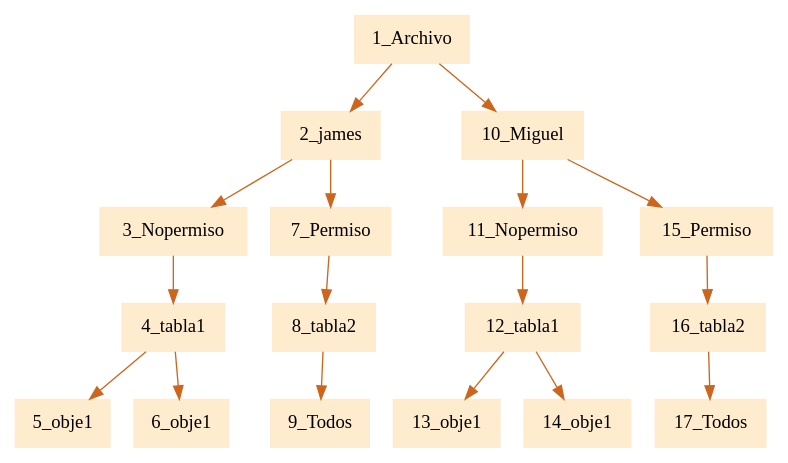
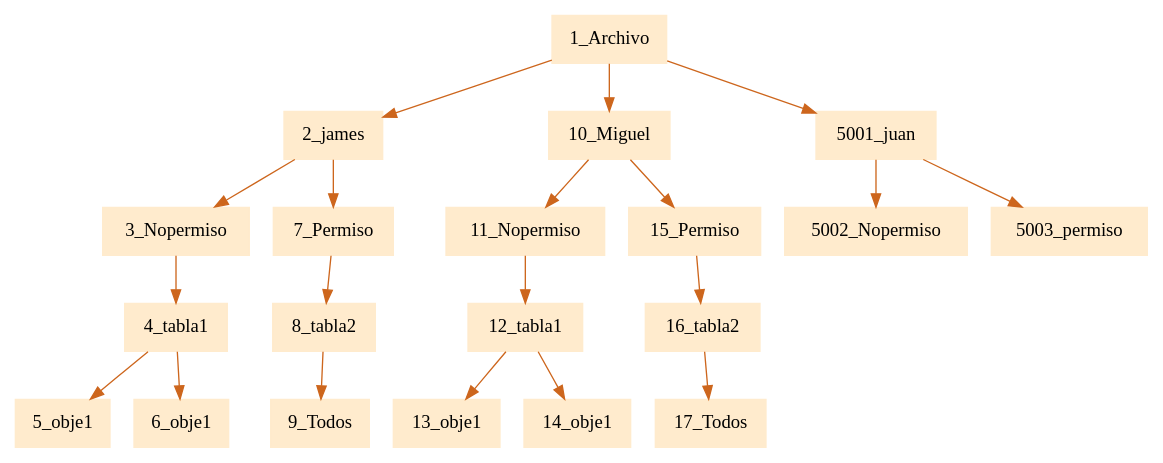
The diagram in pr1Compilarodores2/usu.dot (JamesMelgar/compi2javaccpr1), drawn with Graphviz before and after one commit. The commit also changed 29 other files, not shown here.

```diff
--- a/pr1Compilarodores2/usu.dot
+++ b/pr1Compilarodores2/usu.dot
@@ -1,5 +1,5 @@
 digraph G {node[shape=box, style=filled, color=blanchedalmond]; edge[color=chocolate3];rankdir=UD 
 
-"1_Archivo"->"2_james""2_james"->"3_Nopermiso""3_Nopermiso"->"4_tabla1""4_tabla1"->"5_obje1""4_tabla1"->"6_obje1""2_james"->"7_Permiso""7_Permiso"->"8_tabla2""8_tabla2"->"9_Todos""1_Archivo"->"10_Miguel""10_Miguel"->"11_Nopermiso""11_Nopermiso"->"12_tabla1""12_tabla1"->"13_obje1""12_tabla1"->"14_obje1""10_Miguel"->"15_Permiso""15_Permiso"->"16_tabla2""16_tabla2"->"17_Todos"
+"1_Archivo"->"2_james""2_james"->"3_Nopermiso""3_Nopermiso"->"4_tabla1""4_tabla1"->"5_obje1""4_tabla1"->"6_obje1""2_james"->"7_Permiso""7_Permiso"->"8_tabla2""8_tabla2"->"9_Todos""1_Archivo"->"10_Miguel""10_Miguel"->"11_Nopermiso""11_Nopermiso"->"12_tabla1""12_tabla1"->"13_obje1""12_tabla1"->"14_obje1""10_Miguel"->"15_Permiso""15_Permiso"->"16_tabla2""16_tabla2"->"17_Todos""1_Archivo"->"5001_juan""5001_juan"->"5002_Nopermiso""5001_juan"->"5003_permiso"
 
 }
```
